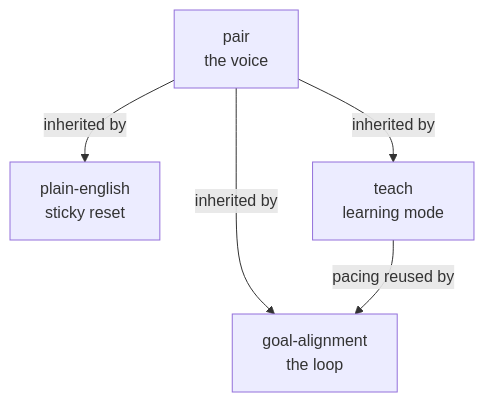
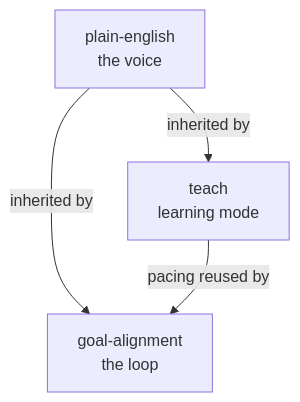
The diagram in README.md (raviautar/architect-in-the-loop), drawn with Mermaid before and after one commit. The commit also changed other lines of this file and 10 other files, not shown here.

First line of the commit message:
plain-english becomes the foundation; pair retires; resources template added

````diff
--- a/README.md
+++ b/README.md
@@ -21,11 +19,9 @@
 ```mermaid
 flowchart TD
-    pair["pair<br/>the voice"]
-    plain["plain-english<br/>sticky reset"]
+    plain["plain-english<br/>the voice"]
     teach["teach<br/>learning mode"]
     goal["goal-alignment<br/>the loop"]
-    pair -->|inherited by| plain
-    pair -->|inherited by| teach
-    pair -->|inherited by| goal
+    plain -->|inherited by| teach
+    plain -->|inherited by| goal
     teach -->|pacing reused by| goal
 ```
````
